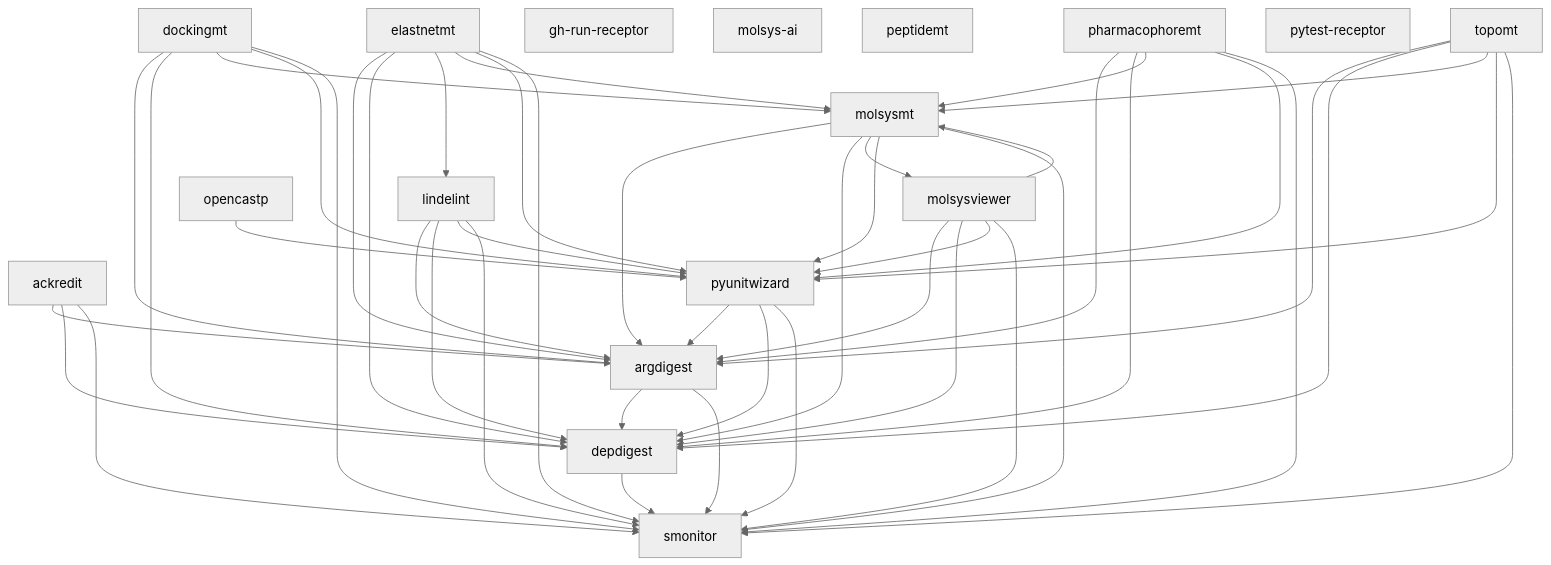
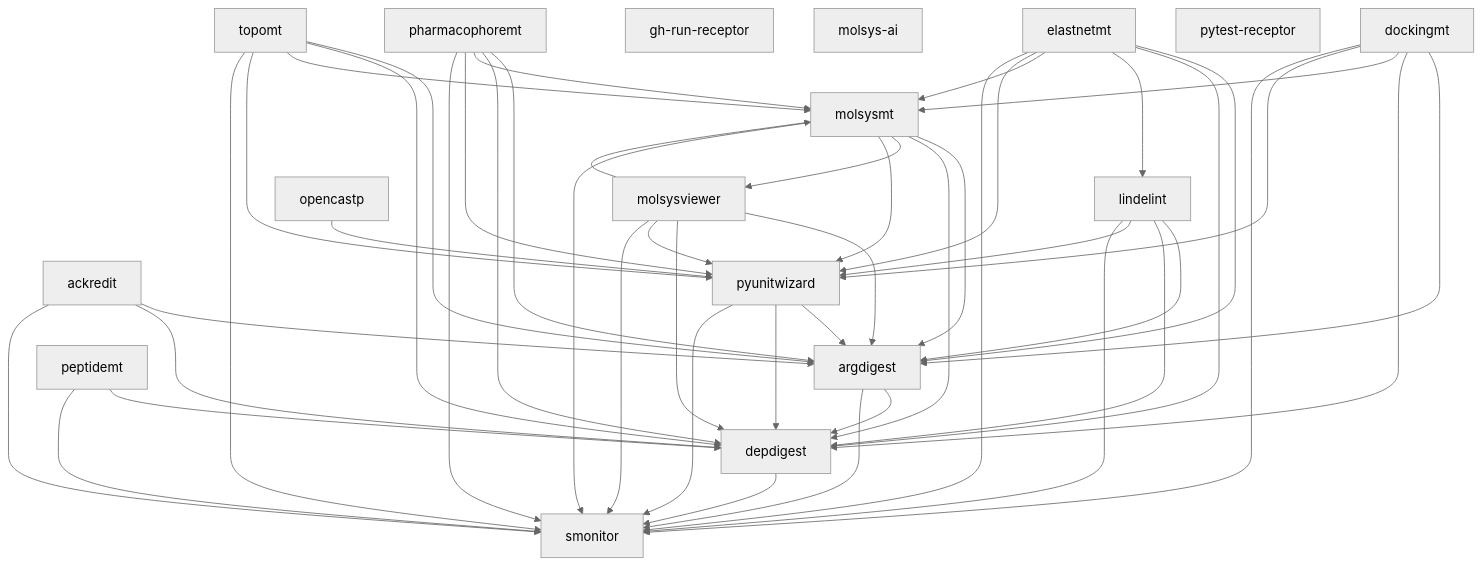
The diagram in devguide/component_dependencies.md (uibcdf/molsyssuite), drawn with Mermaid (neutral theme) before and after one commit. The commit also changed other lines of this file and 6 other files, not shown here.

````diff
--- a/devguide/component_dependencies.md
+++ b/devguide/component_dependencies.md
@@ -11,65 +11,67 @@
 ```mermaid
 flowchart TD
   n0["ackredit"]
   n1["argdigest"]
   n2["depdigest"]
   n3["dockingmt"]
   n4["elastnetmt"]
   n5["gh-run-receptor"]
   n6["lindelint"]
   n7["molsys-ai"]
   n8["molsysmt"]
   n9["molsysviewer"]
   n10["opencastp"]
   n11["peptidemt"]
   n12["pharmacophoremt"]
   n13["pytest-receptor"]
   n14["pyunitwizard"]
   n15["smonitor"]
   n16["topomt"]
   n0 --> n1
   n0 --> n2
   n0 --> n15
   n1 --> n2
   n1 --> n15
   n2 --> n15
   n3 --> n1
   n3 --> n2
   n3 --> n8
   n3 --> n14
   n3 --> n15
   n4 --> n1
   n4 --> n2
   n4 --> n6
   n4 --> n8
   n4 --> n14
   n4 --> n15
   n6 --> n1
   n6 --> n2
   n6 --> n14
   n6 --> n15
   n8 --> n1
   n8 --> n2
   n8 --> n9
   n8 --> n14
   n8 --> n15
   n9 --> n1
   n9 --> n2
   n9 --> n8
   n9 --> n14
   n9 --> n15
   n10 --> n14
+  n11 --> n2
+  n11 --> n15
   n12 --> n1
   n12 --> n2
   n12 --> n8
   n12 --> n14
   n12 --> n15
   n14 --> n1
   n14 --> n2
   n14 --> n15
   n16 --> n1
   n16 --> n2
   n16 --> n8
   n16 --> n14
   n16 --> n15
 ```
````
